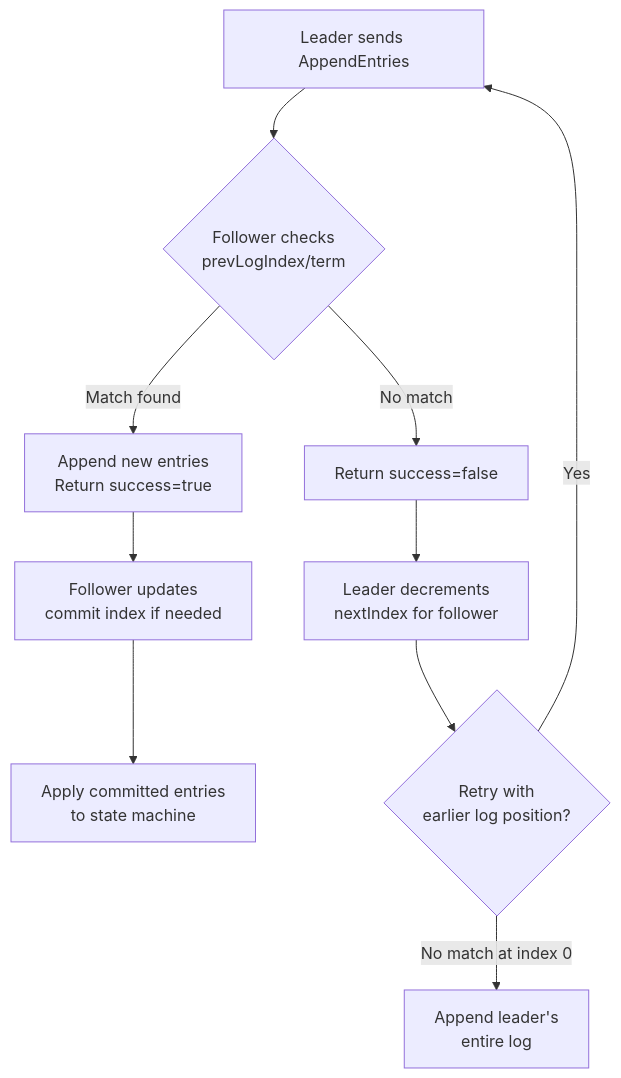
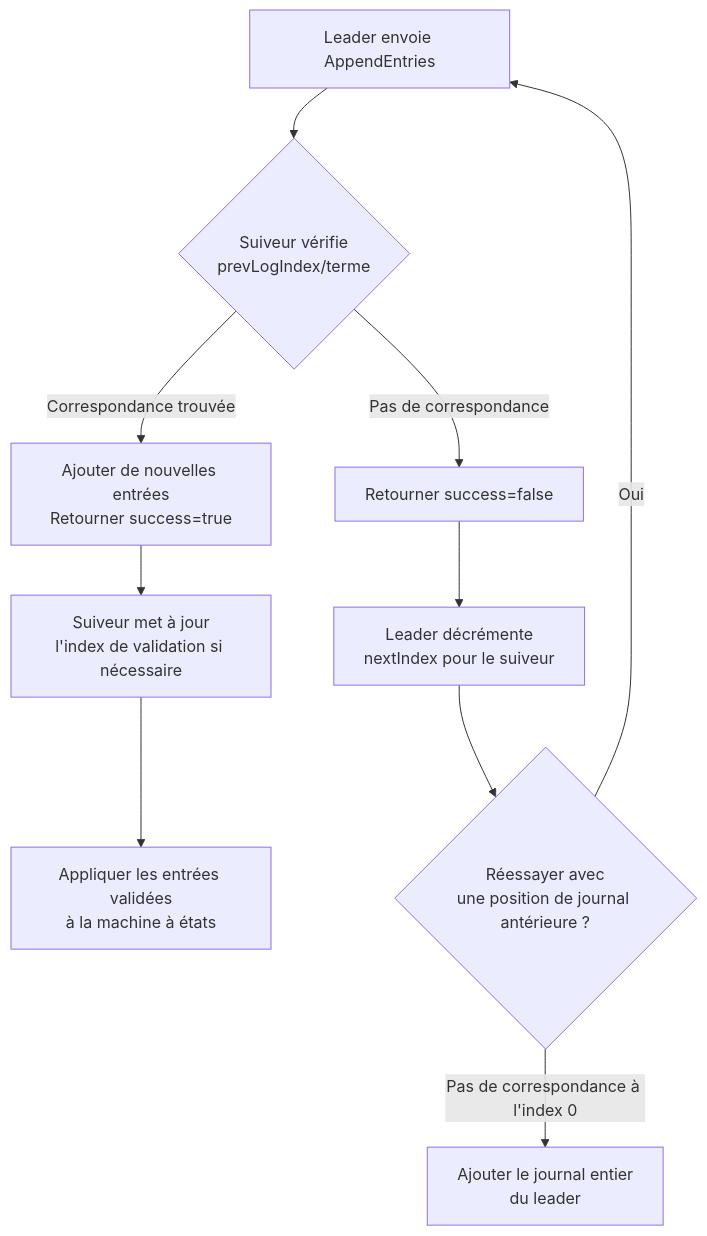
One commit to dardourimohamed/distributed-systems-course changed the second of 3 diagrams in src/consensus/14-log-replication.md. Above: the diagram before and after it, drawn with Mermaid. The commit also changed other lines of this file and 38 other files, not shown here.

````diff
--- a/src/consensus/14-log-replication.md
+++ b/src/consensus/14-log-replication.md
@@ -189,15 +189,15 @@
 ```mermaid
 graph TD
-    A[Leader sends AppendEntries] --> B{Follower checks<br/>prevLogIndex/term}
-    B -->|Match found| C[Append new entries<br/>Return success=true]
-    B -->|No match| D[Return success=false]
+    A[Leader envoie AppendEntries] --> B{Suiveur vérifie<br/>prevLogIndex/terme}
+    B -->|Correspondance trouvée| C[Ajouter de nouvelles entrées<br/>Retourner success=true]
+    B -->|Pas de correspondance| D[Retourner success=false]
 
-    D --> E[Leader decrements<br/>nextIndex for follower]
-    E --> F{Retry with<br/>earlier log position?}
+    D --> E[Leader décrémente<br/>nextIndex pour le suiveur]
+    E --> F{Réessayer avec<br/>une position de journal antérieure ?}
 
-    F -->|Yes| A
-    F -->|No match at index 0| G[Append leader's<br/>entire log]
+    F -->|Oui| A
+    F -->|Pas de correspondance à l'index 0| G[Ajouter le journal entier<br/>du leader]
 
-    C --> H[Follower updates<br/>commit index if needed]
-    H --> I[Apply committed entries<br/>to state machine]
+    C --> H[Suiveur met à jour<br/>l'index de validation si nécessaire]
+    H --> I[Appliquer les entrées validées<br/>à la machine à états]
 ```
````
